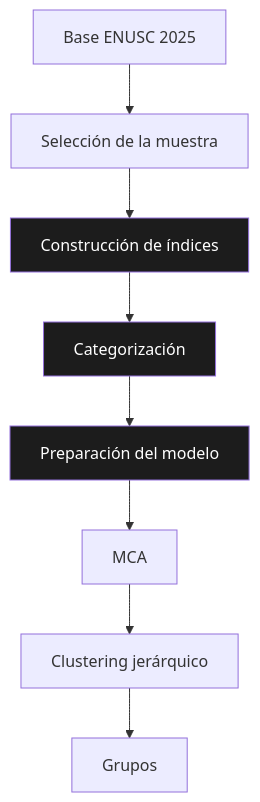
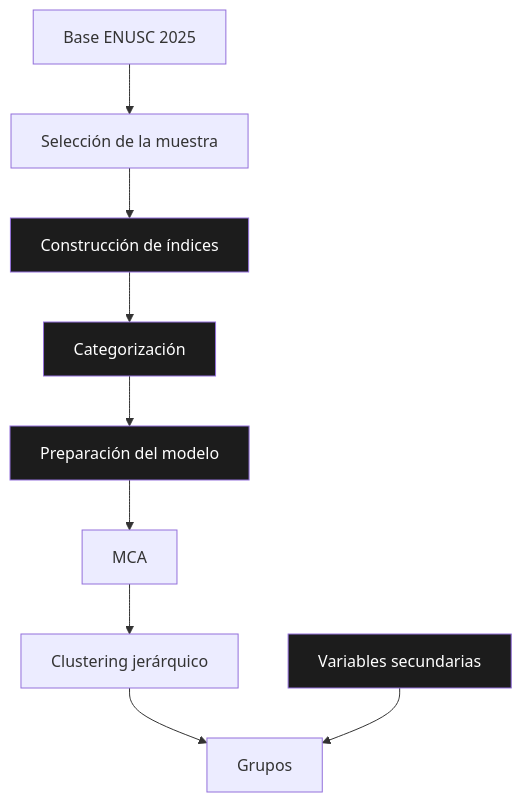
The diagram in web/pipeline.qmd (Martin-Venegas-M/2026_pnud_miedo), drawn with Mermaid before and after one commit. The commit also changed other lines of this file and 8 other files, not shown here.

First line of the commit message:
Documenta las variables secundarias y por qué D5 sigue abierta

````diff
--- a/web/pipeline.qmd
+++ b/web/pipeline.qmd
@@ -25,15 +25,17 @@
 ```{mermaid}
-%%| fig-cap: "El recorrido. En gris, pasos mecánicos; en negro, los que involucran una decisión metodológica."
+%%| fig-cap: "El recorrido. En gris, pasos mecánicos; en negro, los que involucran una decisión metodológica. Las variables secundarias no alimentan el modelo: se usan para describir los grupos una vez formados."
 flowchart TD
     A[Base ENUSC 2025] --> B[Selección de la muestra]
     B --> C[Construcción de índices]
     C --> D[Categorización]
     D --> E[Preparación del modelo]
     E --> F[MCA]
     F --> G[Clustering jerárquico]
     G --> H[Grupos]
+    I[Variables secundarias] --> H
 
     style C fill:#1c1c1c,color:#fff
     style D fill:#1c1c1c,color:#fff
     style E fill:#1c1c1c,color:#fff
+    style I fill:#1c1c1c,color:#fff
 ```
````
